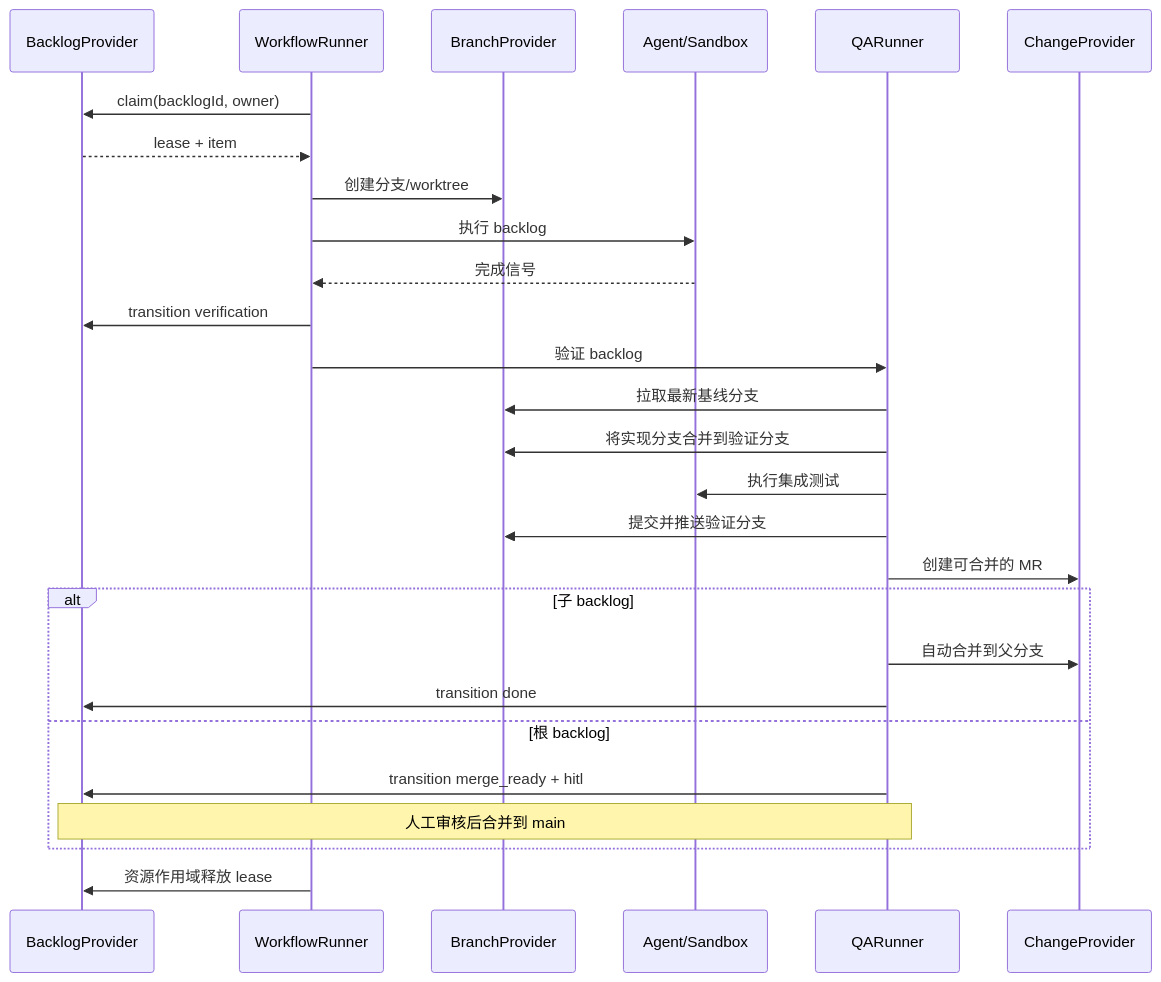
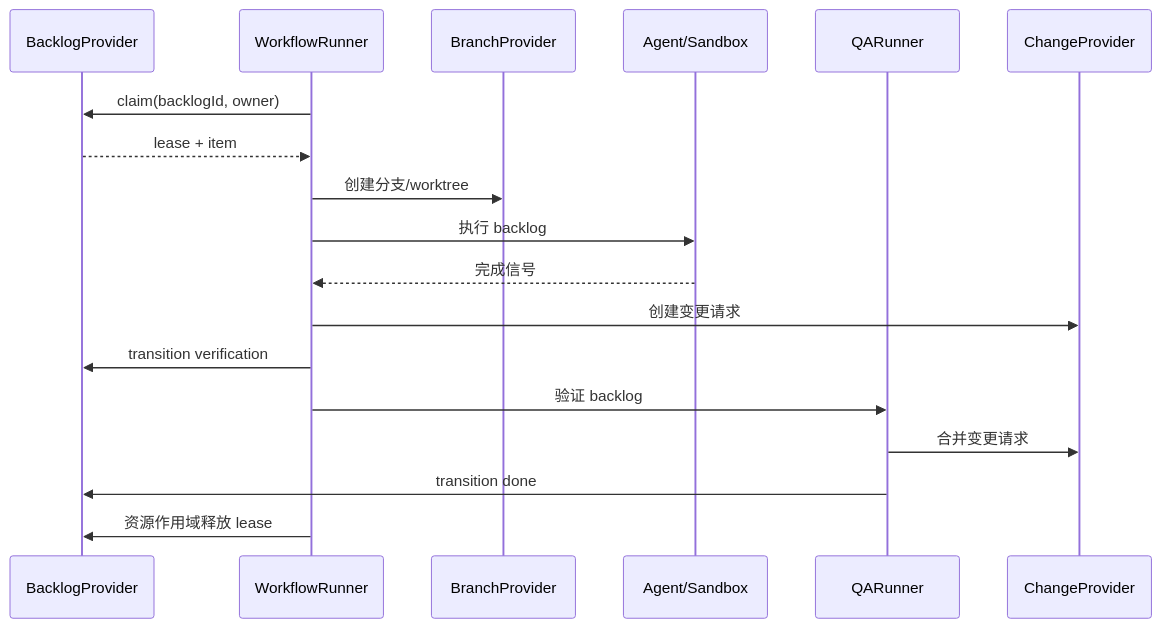
The diagram in docs/ARCHITECTURE_zh.md (easyhaloo/afk), drawn with Mermaid before and after one commit. The commit also changed other lines of this file and 291 other files, not shown here.

````diff
--- a/docs/ARCHITECTURE_zh.md
+++ b/docs/ARCHITECTURE_zh.md
@@ -67,30 +67,21 @@
 ```mermaid
 sequenceDiagram
     participant P as BacklogProvider
     participant R as WorkflowRunner
     participant B as BranchProvider
     participant A as Agent/Sandbox
     participant Q as QARunner
     participant C as ChangeProvider
 
     R->>P: claim(backlogId, owner)
     P-->>R: lease + item
     R->>B: 创建分支/worktree
     R->>A: 执行 backlog
     A-->>R: 完成信号
+    R->>C: 创建变更请求
     R->>P: transition verification
     R->>Q: 验证 backlog
-    Q->>B: 拉取最新基线分支
-    Q->>B: 将实现分支合并到验证分支
-    Q->>A: 执行集成测试
-    Q->>B: 提交并推送验证分支
-    Q->>C: 创建可合并的 MR
-    alt 子 backlog
-      Q->>C: 自动合并到父分支
-      Q->>P: transition done
-    else 根 backlog
-      Q->>P: transition merge_ready + hitl
-      Note over Q,P: 人工审核后合并到 main
-    end
+    Q->>C: 合并变更请求
+    Q->>P: transition done
     R->>P: 资源作用域释放 lease
 ```
````
